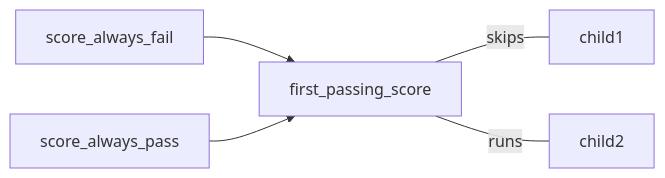
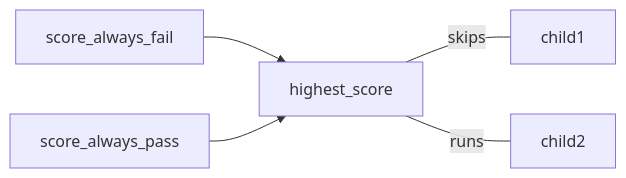
Before and after one commit to mrchantey/forky: the first of 2 diagrams in docs/src/gamai/selectors.md, drawn with Mermaid. The commit also changed other lines of this file and 8 other files, not shown here.

Commit message:
feat: highest_score

````diff
--- a/docs/src/gamai/selectors.md
+++ b/docs/src/gamai/selectors.md
@@ -48,14 +48,14 @@
 ```mermaid
 
 graph LR;
 	edgeA --> selector;
 	edgeB --> selector;
 	selector -- skips --- nodeA;
 	selector -- runs --- nodeB;
 
-	selector[first_passing_score]
+	selector[highest_score]
 	edgeA[score_always_fail]
 	edgeB[score_always_pass]
 	nodeA[child1]
 	nodeB[child2]
 ```
````
